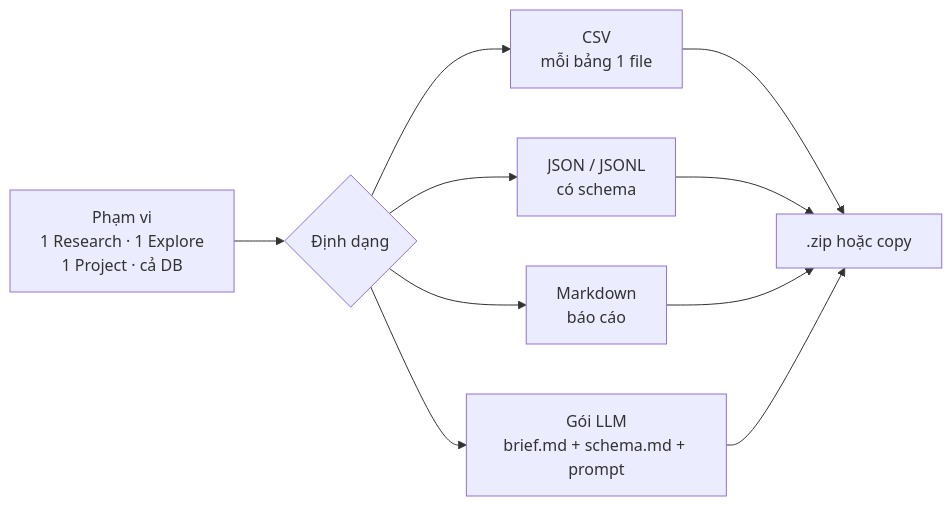
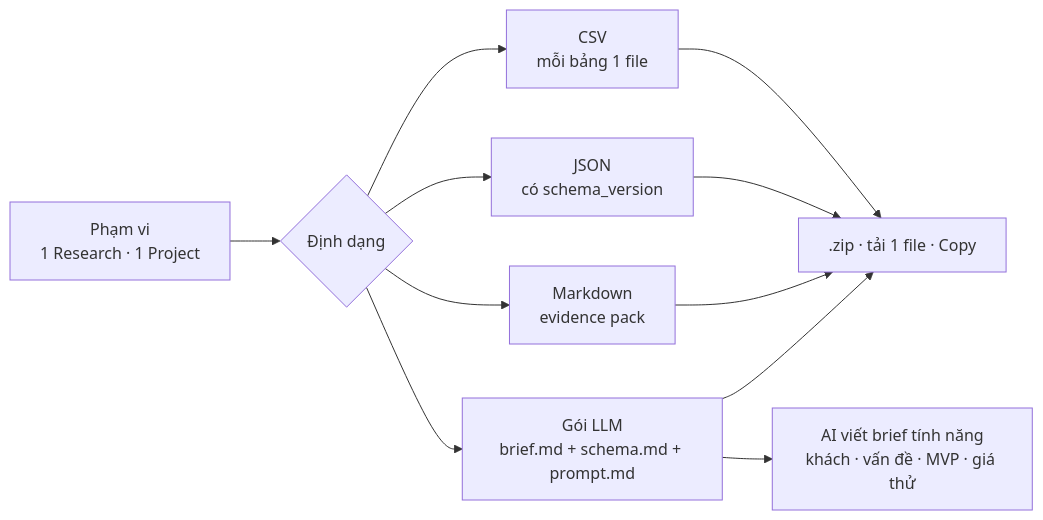
The diagram in docs/web/phase-16-export.md (nvminhtu/niche-radar-docs), drawn with Mermaid before and after one commit. The commit also changed other lines of this file and 6 other files, not shown here.

Commit message:
docs: sync — Phase 16 Export đã vào main (trang định dạng file xuất), thứ tự Phase 12–23 sau review

````diff
--- a/docs/web/phase-16-export.md
+++ b/docs/web/phase-16-export.md
@@ -17,9 +20,10 @@
 ```mermaid
 flowchart LR
-  S[Phạm vi<br/>1 Research · 1 Explore<br/>1 Project · cả DB] --> F{Định dạng}
+  S[Phạm vi<br/>1 Research · 1 Project] --> F{Định dạng}
   F --> C[CSV<br/>mỗi bảng 1 file]
-  F --> J[JSON / JSONL<br/>có schema]
-  F --> M[Markdown<br/>báo cáo]
-  F --> L[Gói LLM<br/>brief.md + schema.md + prompt]
-  C & J & M & L --> Z[.zip hoặc copy]
+  F --> J[JSON<br/>có schema_version]
+  F --> M[Markdown<br/>evidence pack]
+  F --> L[Gói LLM<br/>brief.md + schema.md + prompt.md]
+  L --> B[AI viết brief tính năng<br/>khách · vấn đề · MVP · giá thử]
+  C & J & M & L --> Z[.zip · tải 1 file · Copy]
 ```
````
